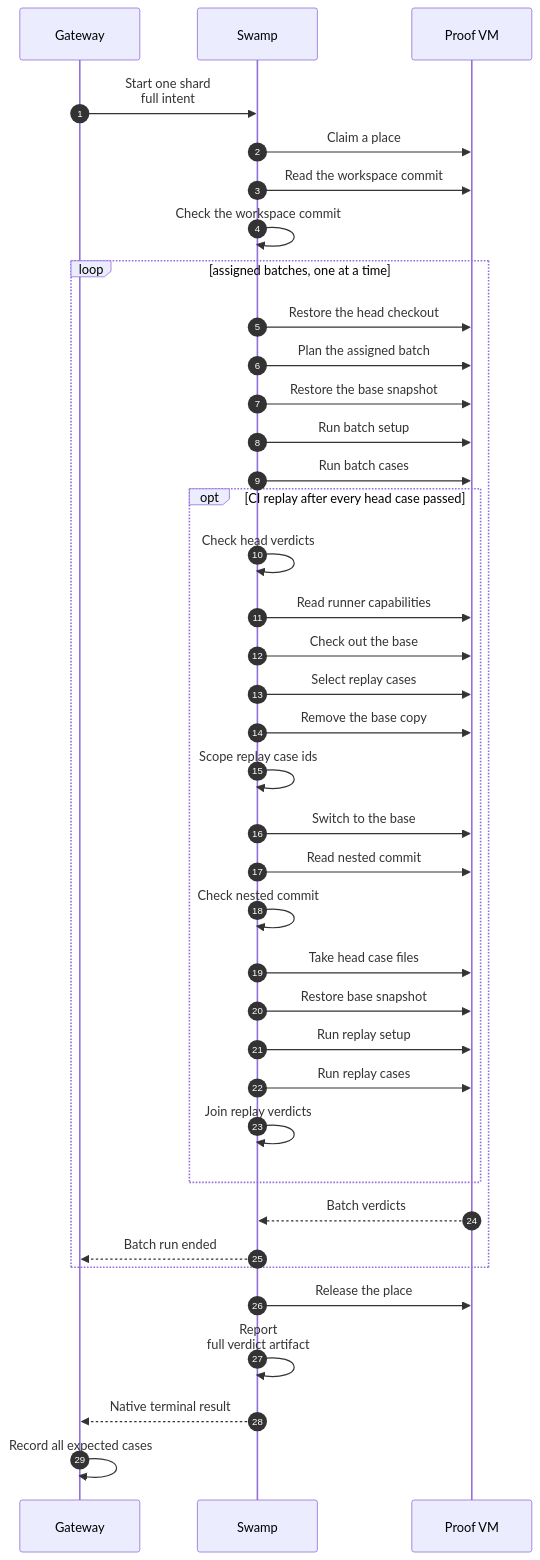
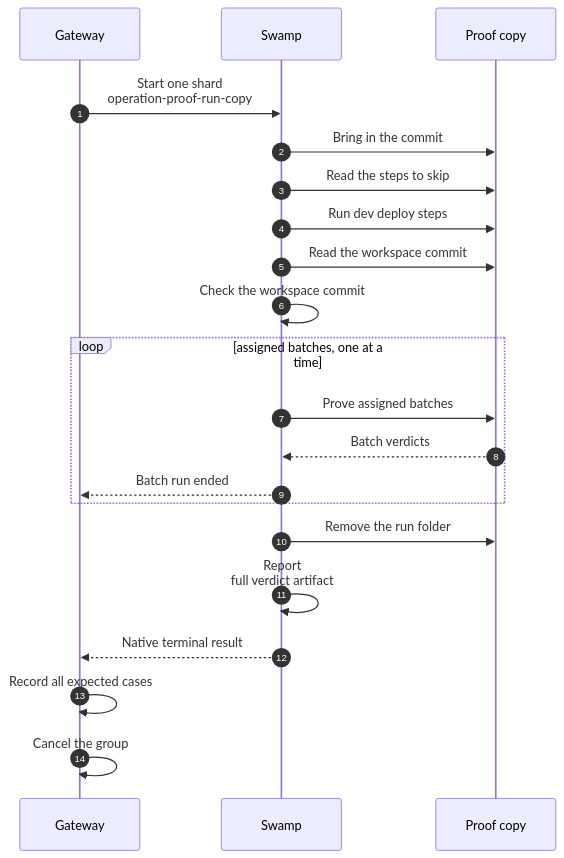
One commit to hardimpactdev/orbit changed the diagram in docs/cli/proof/command.mmd. Above: the diagram before and after it, drawn with Mermaid. The commit also changed 8 other files, not shown here.

Commit message:
fix(proof): name the refusal of a missing proof Project; docs after review

```diff
--- a/docs/cli/proof/command.mmd
+++ b/docs/cli/proof/command.mmd
@@ -1,56 +1,34 @@
 sequenceDiagram
   %% status: draft
   %% command: none · started by proof:run
   %% kind: proof.command
   autonumber
   participant GW as Gateway
   participant SW as Swamp
-  participant VM as Proof VM
-  GW->>SW: Start one shard<br/>full intent
-  %%> Record one group and VM with its whole batch assignments and expected expanded case ids. Operator proofs instead carry one full command from task admission. Record the run budget of the shard from its batches: 600 s, 180 s a batch and the measured case seconds, times 1.5, rounded up to five minutes, at most two hours.
-  SW->>VM: Claim a place
-  SW->>VM: Read the workspace commit
+  participant CP as Proof copy
+  GW->>SW: Start one shard<br/>operation-proof-run-copy
+  %%> Admission recorded one group and its copy with the whole batch assignments and the expected expanded case ids, and the run budget of the shard from its batches: 600 s, 180 s a batch and the measured case seconds, times 1.5, rounded up to five minutes, at most two hours. The run starts only once its copy is active. Each development deploy step's command goes to its own vault key at the start.
+  SW->>CP: Bring in the commit
+  %%> One Ansible phase on the copy's Node fetches the commit by its SHA from the public Orbit repository, as `orbit`, and checks it out detached. A fetch that fails or takes more than 60 seconds fails the run; nothing retries.
+  SW->>CP: Read the steps to skip
+  SW->>CP: Run dev deploy steps
+  %%> Each development deploy step whose inputs changed since the seed, from its vault copy, as a deployment runs it.
+  SW->>CP: Read the workspace commit
   SW->>SW: Check the workspace commit
   %%> A mismatch fails before cases and records expected and found commits.
   loop assigned batches, one at a time
-    SW->>VM: Restore the head checkout
-    %%> A prior flagged-case check may have left the checkout at the merge base. Restore the admitted head before planning.
-    SW->>VM: Plan the assigned batch
-    %%> runner plan --lines --only-batch restricts execution to the whole admitted batch. An operator run plans the full command.
-    SW->>VM: Restore the base snapshot
-    SW->>VM: Run batch setup
-    SW->>VM: Run batch cases
-    %%> The runner schedules cases within the fleet's existing concurrency and isolation rules. Keep every verdict line in the output artifact.
-    opt CI replay after every head case passed
-      SW->>SW: Check head verdicts
-      SW->>VM: Read runner capabilities
-      %%> Read head runner help. Without replay support, skip selection and replay.
-      SW->>VM: Check out the base
-      SW->>VM: Select replay cases
-      %%> Use the runner's case-level comparison, then keep fails_on_base: true. Unchanged flags and unflagged cases never replay, even under whole-file code or tooling selection.
-      SW->>VM: Remove the base copy
-      SW->>SW: Scope replay case ids
-      %%> Keep only cases admitted to this batch.
-      SW->>VM: Switch to the base
-      SW->>VM: Read nested commit
-      SW->>SW: Check nested commit
-      SW->>VM: Take head case files
-      %%> Copy cases, batches and the spec loader. Keep base runner and step implementations.
-      SW->>VM: Restore base snapshot
-      SW->>VM: Run replay setup
-      SW->>VM: Run replay cases
-      SW->>SW: Join replay verdicts
-      %%> Each replay must fail with cause assertion. A pass, another cause or missing evidence fails the proof with a CASE@merge-base verdict. Keep flags after merge; only a later case change opts them into another replay.
-    end
-    VM-->>SW: Batch verdicts
+    SW->>CP: Prove assigned batches
+    %%> Each batch is one proof-fleet-verify child: the reset of the copy's inner fleet to base, the batch setup and its cases, with every verdict line in the output artifact. A copy replays no flagged case on the merge base (`fails_on_base: true`) until the replay is ported to copies.
+    CP-->>SW: Batch verdicts
     SW-->>GW: Batch run ended
     %%> The Gateway reads each ended batch run with the parent's reconcile and records its full report artifact on the shard, once.
   end
-  SW->>VM: Release the place
-  %%> Always after success or failure. Only operator proofs can keep a failed VM for 60 minutes. CI always deletes.
+  SW->>CP: Remove the run folder
   SW->>SW: Report<br/>full verdict artifact
   %%> Prefix each line with its command, file and batch. The fixed capture reads the full artifact rather than the 4 KiB history summary.
   SW-->>GW: Native terminal result
   GW->>GW: Record all expected cases
-  %%> Preserve native interrupted status and record outcome interrupted; it never passes, even with all passed rows. Otherwise failed, missing, duplicate or unassigned verdicts fail the shard. Keep recorded batch reports even if interruption prevents the final report. Keep completed case verdicts and synthesize missing cases as unrun. A missing or failed delete schedules normal group cancellation. The parent closes one merged report after all shards end.
+  %%> Preserve native interrupted status and record outcome interrupted; it never passes, even with all passed rows. Otherwise failed, missing, duplicate or unassigned verdicts fail the shard. Keep recorded batch reports even if interruption prevents the final report. Keep completed case verdicts and synthesize missing cases as unrun. The parent closes one merged report after all shards end.
   %%> A shard that reaches its run budget is timed out: it keeps the recorded verdicts of the batches that ended, and only the cases of the other batches are unrun.
+  GW->>GW: Cancel the group
+  %%> Every end of the run, however it ends, cancels its group with discard, which destroys the copy.
```
